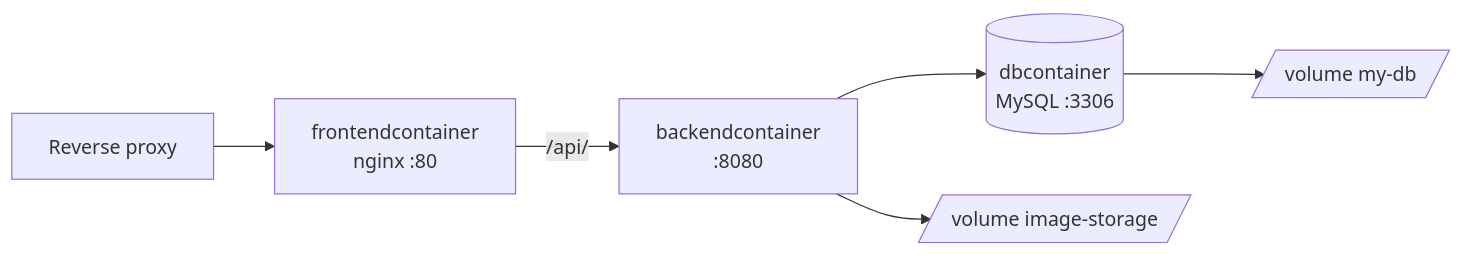
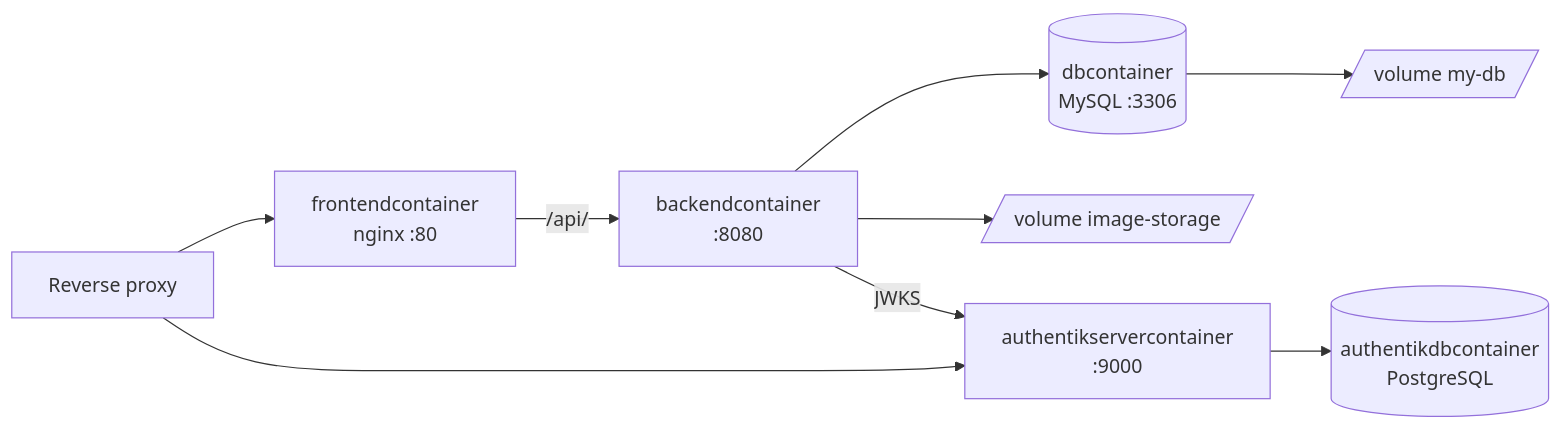
One commit to 7ubi/indexcards changed the diagram in indexcards-docu/docs/operations/deployment.md. Above: the diagram before and after it, drawn with Mermaid. The commit also changed other lines of this file and 104 other files, not shown here.

````diff
--- a/indexcards-docu/docs/operations/deployment.md
+++ b/indexcards-docu/docs/operations/deployment.md
@@ -14,8 +17,11 @@
 ```mermaid
 flowchart LR
     Proxy[Reverse proxy] --> Frontend["frontendcontainer<br/>nginx :80"]
     Frontend -->|/api/| Backend["backendcontainer<br/>:8080"]
     Backend --> DB[("dbcontainer<br/>MySQL :3306")]
     Backend --> Vol[/"volume image-storage"/]
     DB --> DBVol[/"volume my-db"/]
+    Proxy --> Authentik["authentikservercontainer<br/>:9000"]
+    Backend -->|JWKS| Authentik
+    Authentik --> AuthDB[("authentikdbcontainer<br/>PostgreSQL")]
 ```
````
